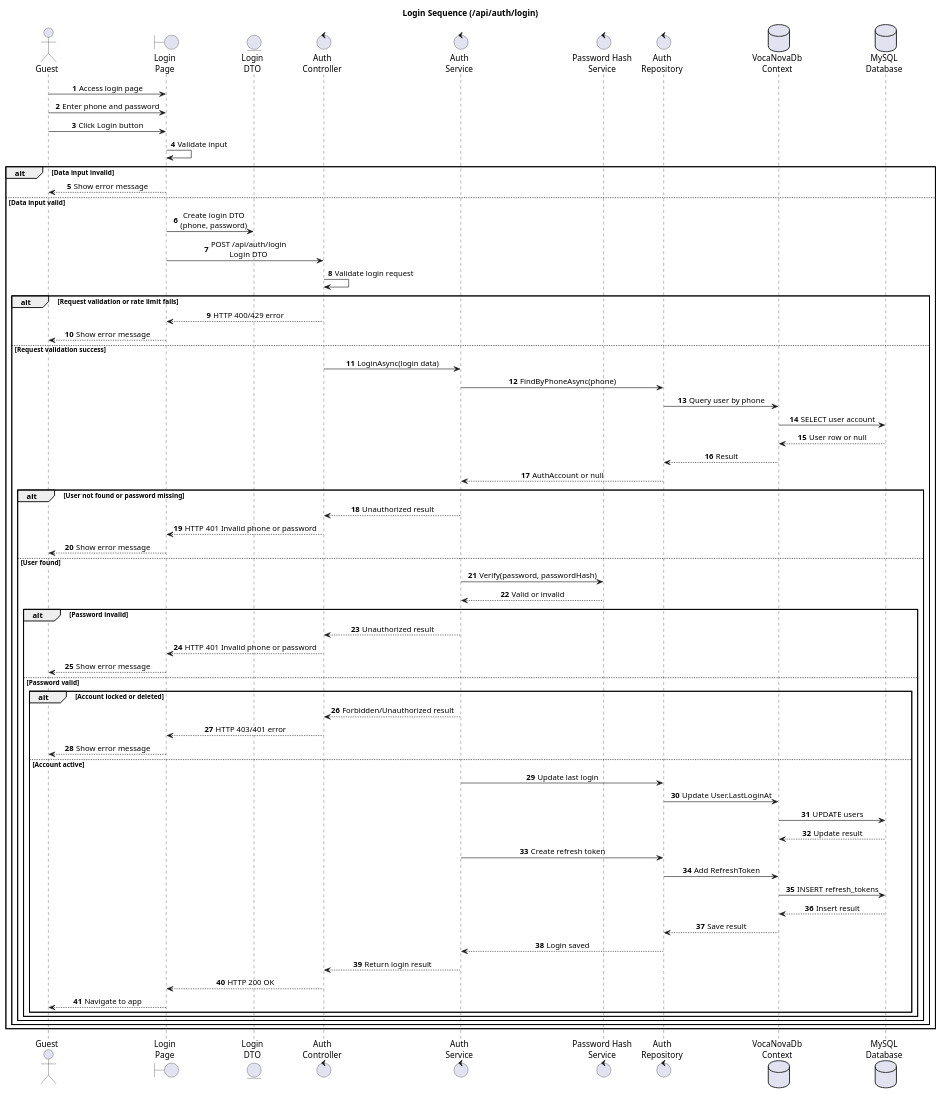
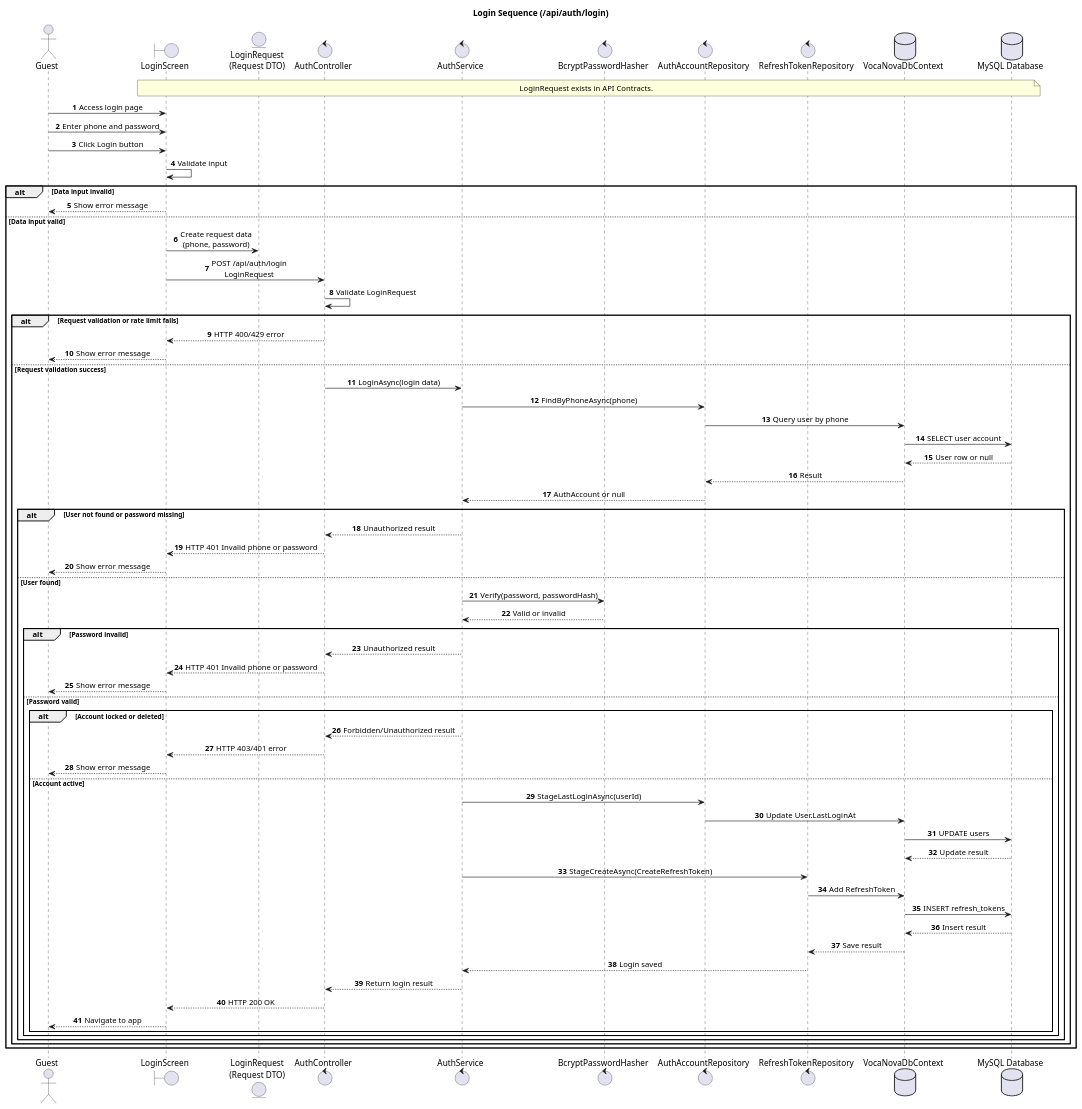
Before and after one commit to thisIsCenx04/VocaNova: the diagram in docs/diagrams/auth-login-sequence.puml, drawn with PlantUML. The commit also changed 4 other files, not shown here.

Commit message:
fix/auth-sequences

```diff
--- a/docs/diagrams/auth-login-sequence.puml
+++ b/docs/diagrams/auth-login-sequence.puml
@@ -1,81 +1,86 @@
 @startuml
 title Login Sequence (/api/auth/login)
 
 autonumber
 skinparam responseMessageBelowArrow true
 skinparam sequenceMessageAlign center
 
 actor Guest
-boundary "Login\nPage" as LoginPage
-entity "Login\nDTO" as LoginDto
-control "Auth\nController" as AuthController
-control "Auth\nService" as AuthService
-control "Password Hash\nService" as PasswordHashService
-control "Auth\nRepository" as AuthRepository
-database "VocaNovaDb\nContext" as DbContext
-database "MySQL\nDatabase" as MySQL
+boundary "LoginScreen" as LoginScreen
+entity "LoginRequest\n(Request DTO)" as LoginRequest
+control "AuthController" as AuthController
+control "AuthService" as AuthService
+control "BcryptPasswordHasher" as PasswordHasher
+control "AuthAccountRepository" as AuthAccountRepository
+control "RefreshTokenRepository" as RefreshTokenRepository
+database "VocaNovaDbContext" as DbContext
+database "MySQL Database" as MySQL
 
-Guest -> LoginPage: Access login page
-Guest -> LoginPage: Enter phone and password
-Guest -> LoginPage: Click Login button
-LoginPage -> LoginPage: Validate input
+note over LoginScreen, MySQL
+LoginRequest exists in API Contracts.
+end note
+
+Guest -> LoginScreen: Access login page
+Guest -> LoginScreen: Enter phone and password
+Guest -> LoginScreen: Click Login button
+LoginScreen -> LoginScreen: Validate input
 
 alt Data input invalid
-    LoginPage --> Guest: Show error message
+    LoginScreen --> Guest: Show error message
 else Data input valid
-    LoginPage -> LoginDto: Create login DTO\n(phone, password)
-    LoginPage -> AuthController: POST /api/auth/login\nLogin DTO
-    AuthController -> AuthController: Validate login request
+    LoginScreen -> LoginRequest: Create request data\n(phone, password)
+    LoginScreen -> AuthController: POST /api/auth/login\nLoginRequest
+    AuthController -> AuthController: Validate LoginRequest
 
     alt Request validation or rate limit fails
-        AuthController --> LoginPage: HTTP 400/429 error
-        LoginPage --> Guest: Show error message
+        AuthController --> LoginScreen: HTTP 400/429 error
+        LoginScreen --> Guest: Show error message
     else Request validation success
         AuthController -> AuthService: LoginAsync(login data)
-        AuthService -> AuthRepository: FindByPhoneAsync(phone)
-        AuthRepository -> DbContext: Query user by phone
+        AuthService -> AuthAccountRepository: FindByPhoneAsync(phone)
+        AuthAccountRepository -> DbContext: Query user by phone
         DbContext -> MySQL: SELECT user account
         MySQL --> DbContext: User row or null
-        DbContext --> AuthRepository: Result
-        AuthRepository --> AuthService: AuthAccount or null
+        DbContext --> AuthAccountRepository: Result
+        AuthAccountRepository --> AuthService: AuthAccount or null
 
         alt User not found or password missing
             AuthService --> AuthController: Unauthorized result
-            AuthController --> LoginPage: HTTP 401 Invalid phone or password
-            LoginPage --> Guest: Show error message
+            AuthController --> LoginScreen: HTTP 401 Invalid phone or password
+            LoginScreen --> Guest: Show error message
         else User found
-            AuthService -> PasswordHashService: Verify(password, passwordHash)
-            PasswordHashService --> AuthService: Valid or invalid
+            AuthService -> PasswordHasher: Verify(password, passwordHash)
+            PasswordHasher --> AuthService: Valid or invalid
 
             alt Password invalid
                 AuthService --> AuthController: Unauthorized result
-                AuthController --> LoginPage: HTTP 401 Invalid phone or password
-                LoginPage --> Guest: Show error message
+                AuthController --> LoginScreen: HTTP 401 Invalid phone or password
+                LoginScreen --> Guest: Show error message
             else Password valid
                 alt Account locked or deleted
                     AuthService --> AuthController: Forbidden/Unauthorized result
-                    AuthController --> LoginPage: HTTP 403/401 error
-                    LoginPage --> Guest: Show error message
+                    AuthController --> LoginScreen: HTTP 403/401 error
+                    LoginScreen --> Guest: Show error message
                 else Account active
-                    AuthService -> AuthRepository: Update last login
-                    AuthRepository -> DbContext: Update User.LastLoginAt
+                    AuthService -> AuthAccountRepository: StageLastLoginAsync(userId)
+                    AuthAccountRepository -> DbContext: Update User.LastLoginAt
                     DbContext -> MySQL: UPDATE users
                     MySQL --> DbContext: Update result
 
-                    AuthService -> AuthRepository: Create refresh token
-                    AuthRepository -> DbContext: Add RefreshToken
+                    AuthService -> RefreshTokenRepository: StageCreateAsync(CreateRefreshToken)
+                    RefreshTokenRepository -> DbContext: Add RefreshToken
                     DbContext -> MySQL: INSERT refresh_tokens
                     MySQL --> DbContext: Insert result
-                    DbContext --> AuthRepository: Save result
-                    AuthRepository --> AuthService: Login saved
+                    DbContext --> RefreshTokenRepository: Save result
+                    RefreshTokenRepository --> AuthService: Login saved
 
                     AuthService --> AuthController: Return login result
-                    AuthController --> LoginPage: HTTP 200 OK
-                    LoginPage --> Guest: Navigate to app
+                    AuthController --> LoginScreen: HTTP 200 OK
+                    LoginScreen --> Guest: Navigate to app
                 end
             end
         end
     end
 end
 
 @enduml
```
